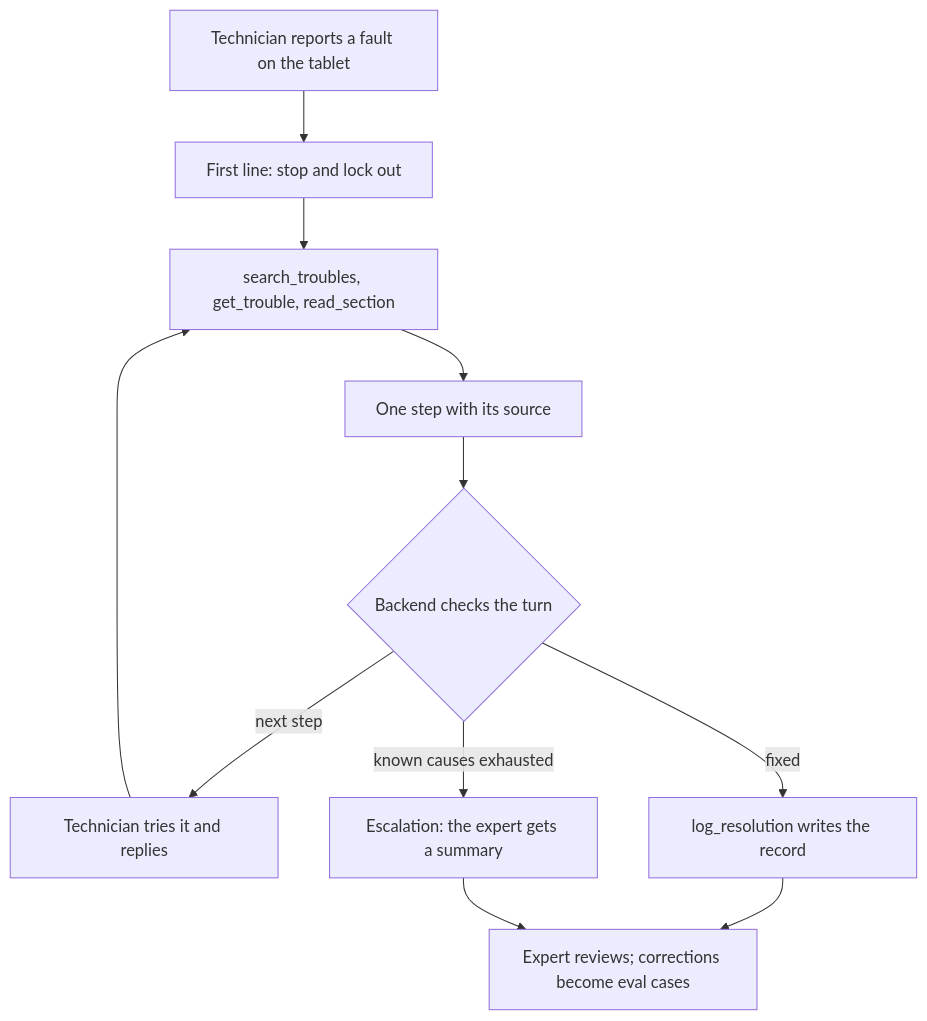
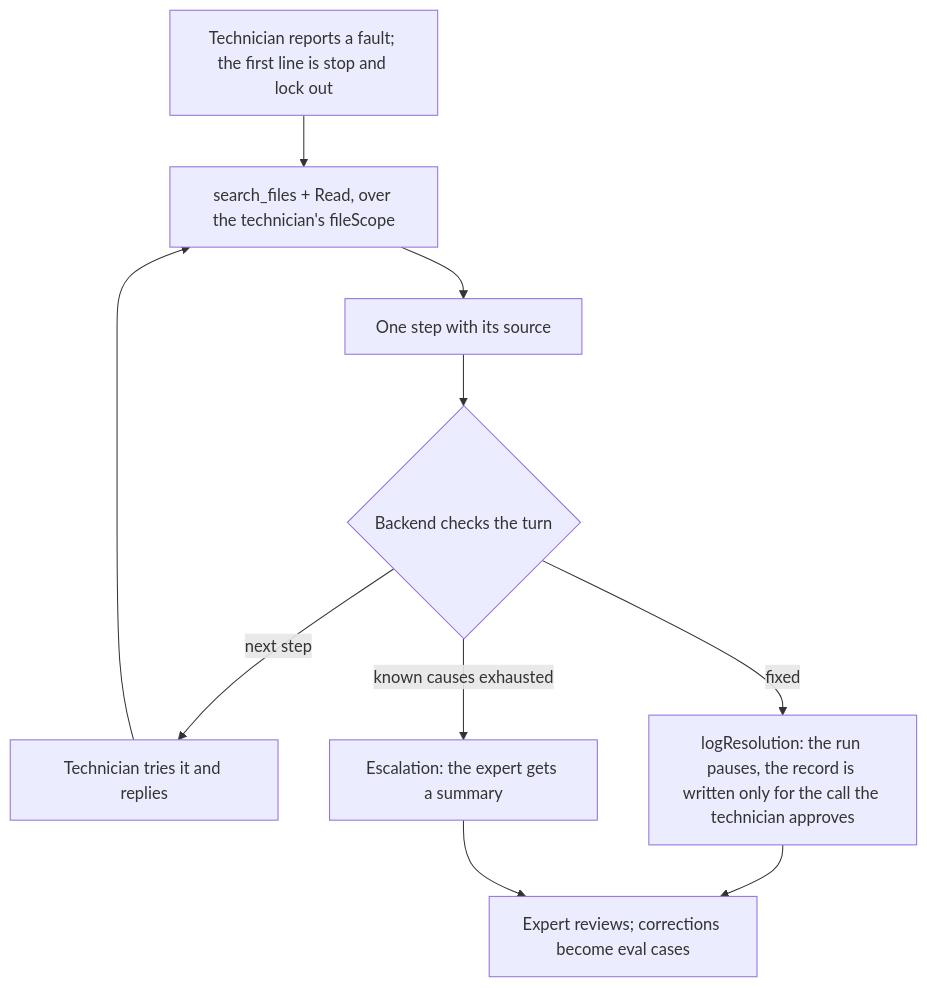
Before and after one commit to indxjp/agent-workspace: the first of 2 diagrams in docs/sdk/site/tutorials/maintenance-troubleshooting.mdx, drawn with Mermaid. The commit also changed other lines of this file and 2629 other files, not shown here.

````diff
--- a/docs/sdk/site/tutorials/maintenance-troubleshooting.mdx
+++ b/docs/sdk/site/tutorials/maintenance-troubleshooting.mdx
@@ -41,13 +51,12 @@
 ```mermaid
 flowchart TD
-  T["Technician reports a fault on the tablet"] --> S["First line: stop and lock out"]
-  S --> Q["search_troubles, get_trouble, read_section"]
+  T["Technician reports a fault; the first line is stop and lock out"] --> Q["search_files + Read, over the technician's fileScope"]
   Q --> ST["One step with its source"]
   ST --> B{"Backend checks the turn"}
   B -- "next step" --> R["Technician tries it and replies"]
   R --> Q
   B -- "known causes exhausted" --> E["Escalation: the expert gets a summary"]
-  B -- "fixed" --> L["log_resolution writes the record"]
+  B -- "fixed" --> L["logResolution: the run pauses, the record is written only for the call the technician approves"]
   L --> X["Expert reviews; corrections become eval cases"]
   E --> X
 ```
````
